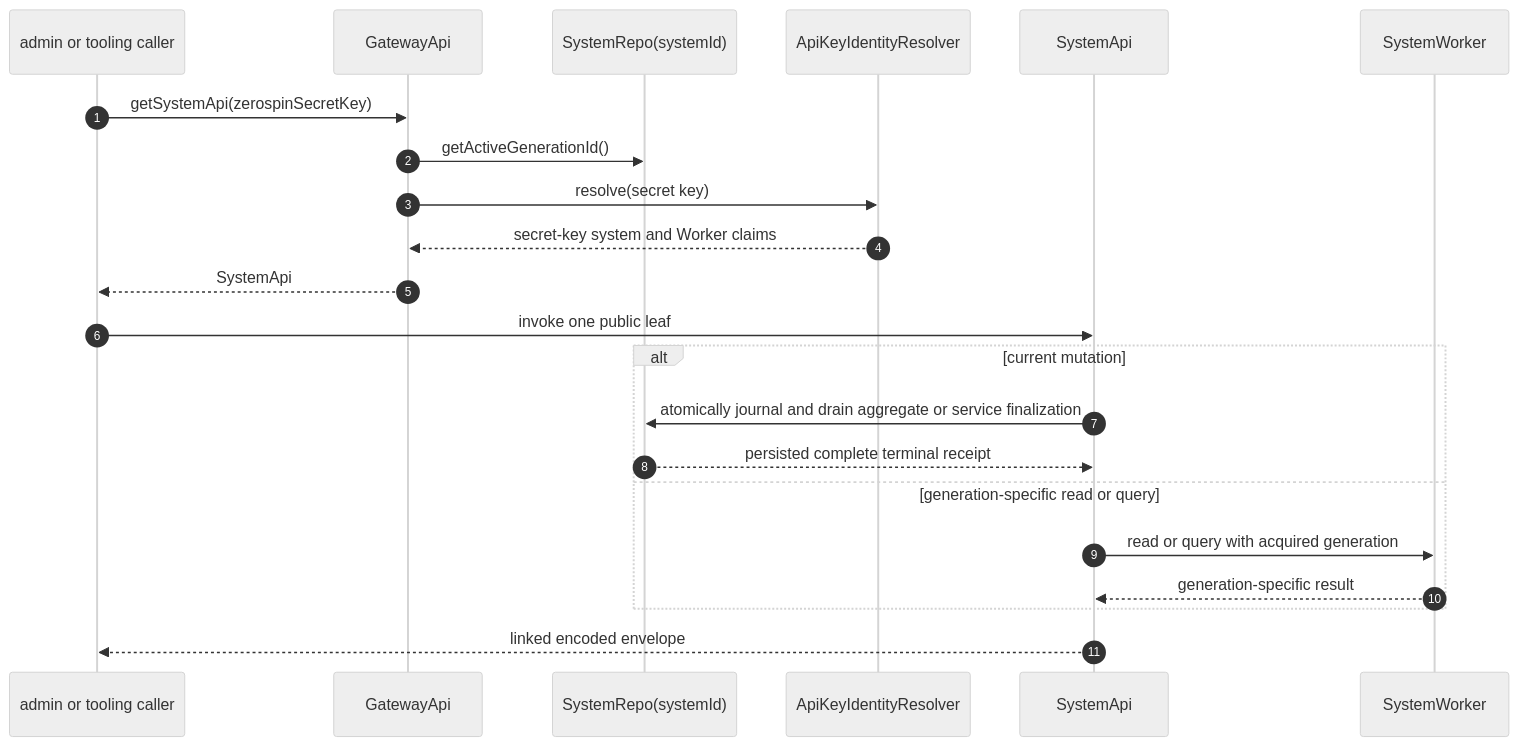
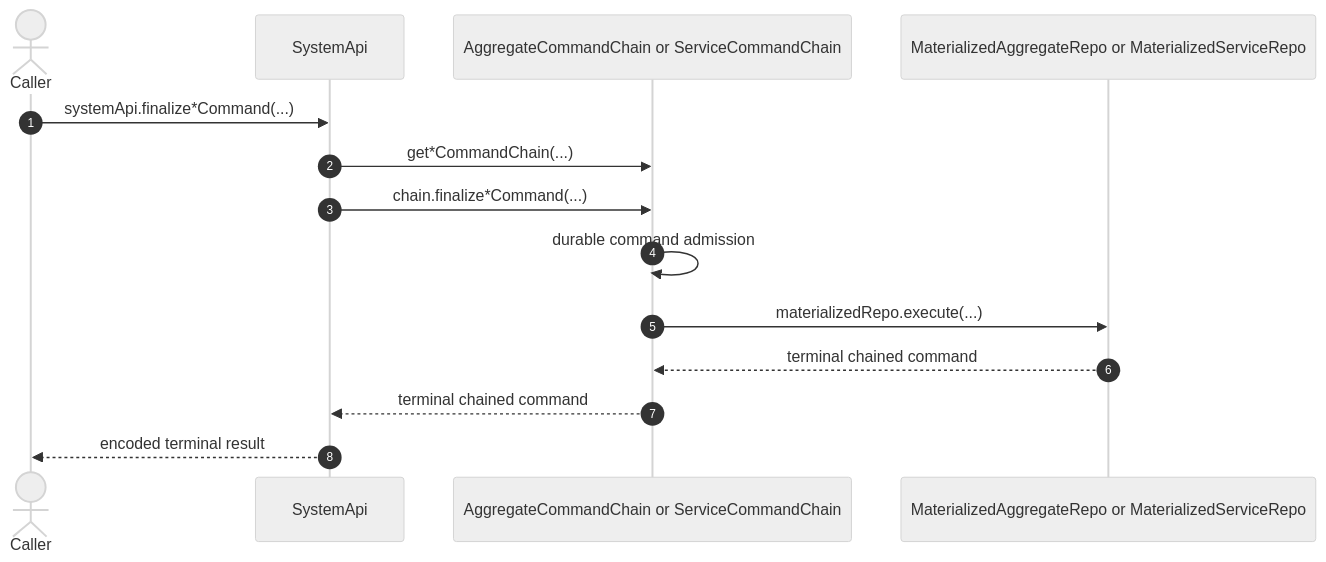
The diagram in wiki/architecture/SystemApi.md (morgs32/qrk.sh), drawn with Mermaid (neutral theme) before and after one commit. The commit also changed other lines of this file and 4863 other files, not shown here.

````diff
--- a/wiki/architecture/SystemApi.md
+++ b/wiki/architecture/SystemApi.md
@@ -17,34 +28,24 @@
 ```mermaid
 sequenceDiagram
-  participant Caller as admin or tooling caller
-  participant Gateway as GatewayApi
-  participant SystemRepo as SystemRepo(systemId)
-  participant Resolver as ApiKeyIdentityResolver
-  participant Api as SystemApi
-  participant Worker as SystemWorker
+  actor Caller
+  participant SystemApi
+  participant Chain as AggregateCommandChain or ServiceCommandChain
+  participant Materializer as MaterializedAggregateRepo or MaterializedServiceRepo
+
   autonumber 1
-  Caller->>Gateway: getSystemApi(zerospinSecretKey)
+  Caller->>SystemApi: systemApi.finalize*Command(...)
   autonumber 2
-  Gateway->>SystemRepo: getActiveGenerationId()
+  SystemApi->>Chain: get*CommandChain(...)
   autonumber 3
-  Gateway->>Resolver: resolve(secret key)
+  SystemApi->>Chain: chain.finalize*Command(...)
   autonumber 4
-  Resolver-->>Gateway: secret-key system and Worker claims
+  Chain->>Chain: durable command admission
   autonumber 5
-  Gateway-->>Caller: SystemApi
+  Chain->>Materializer: materializedRepo.execute(...)
   autonumber 6
-  Caller->>Api: invoke one public leaf
-  alt current mutation
-    autonumber 7
-    Api->>SystemRepo: atomically journal and drain aggregate or service finalization
-    autonumber 8
-    SystemRepo-->>Api: persisted complete terminal receipt
-  else generation-specific read or query
-    autonumber 9
-    Api->>Worker: read or query with acquired generation
-    autonumber 10
-    Worker-->>Api: generation-specific result
-  end
-  autonumber 11
-  Api-->>Caller: linked encoded envelope
+  Materializer-->>Chain: terminal chained command
+  autonumber 7
+  Chain-->>SystemApi: terminal chained command
+  autonumber 8
+  SystemApi-->>Caller: encoded terminal result
 ```
````
